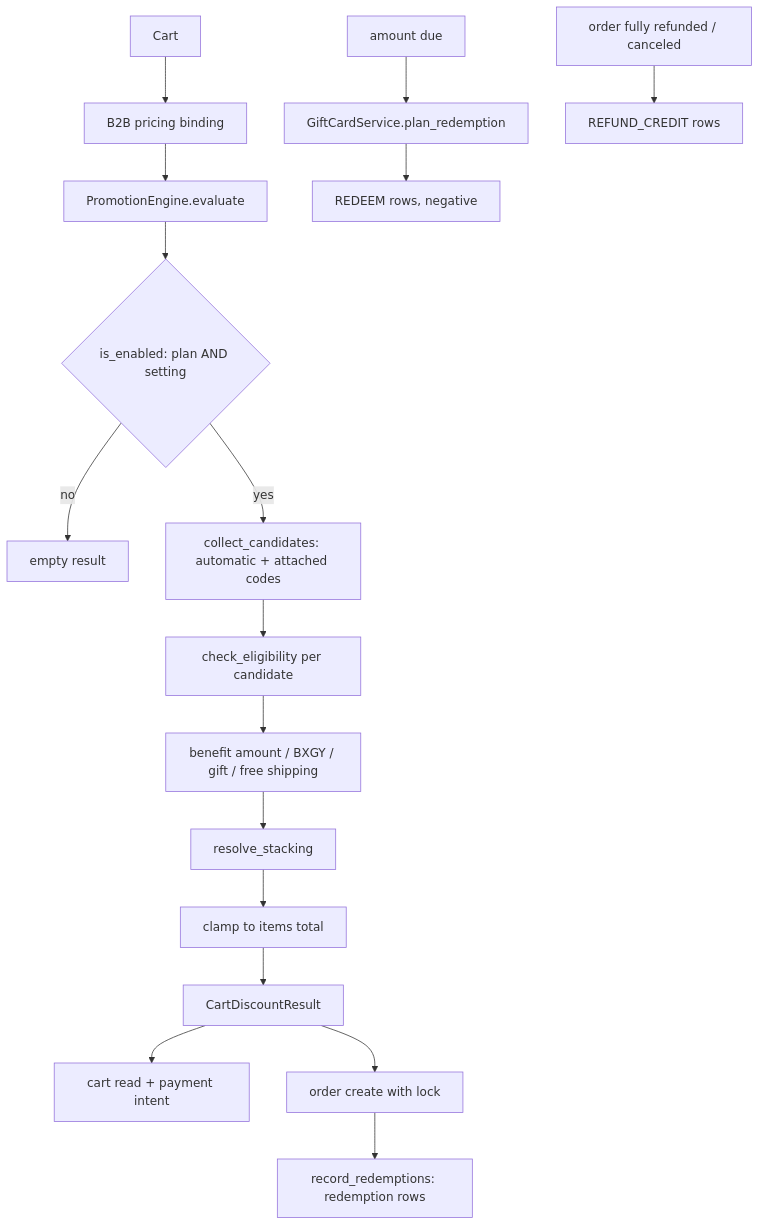
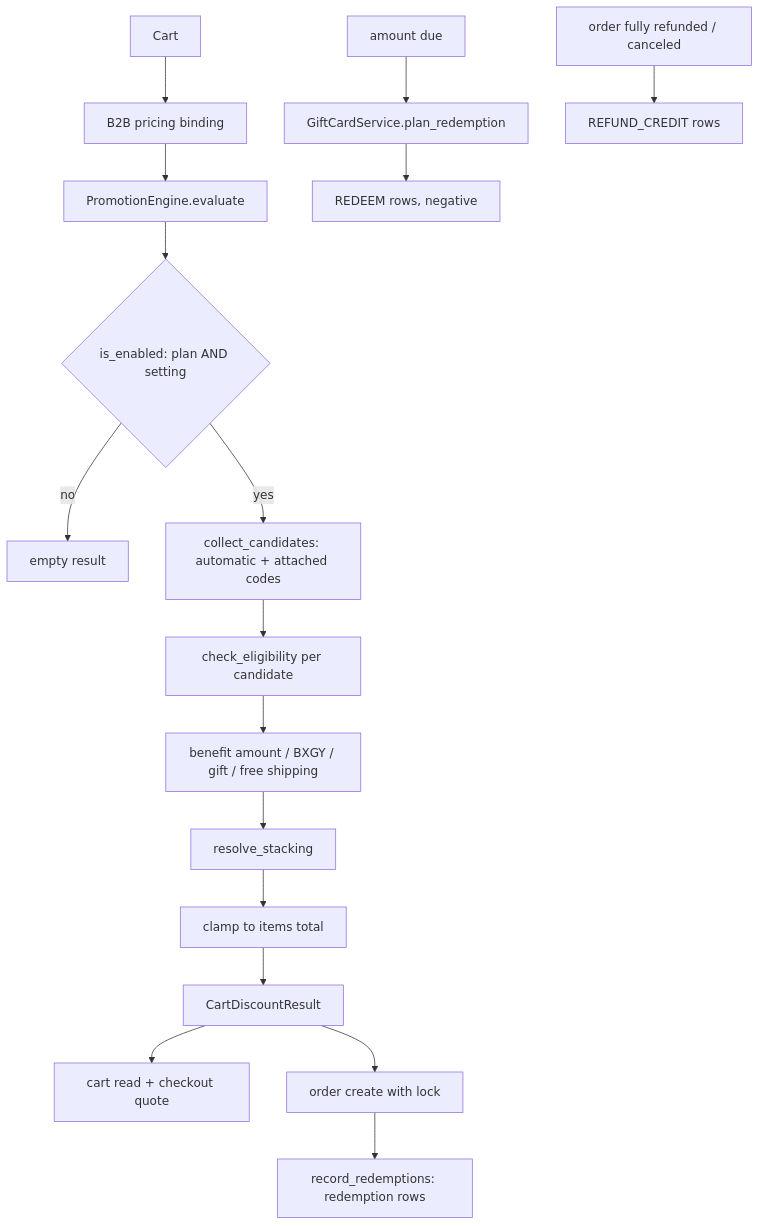
The first of 2 diagrams in src/dev/flows/promotions-and-gift-cards.md (vasilistotskas/grooveshop-docs), drawn with Mermaid before and after one commit. The commit also changed other lines of this file and 10 other files, not shown here.

First line of the commit message:
docs(flows): every pay way creates the order first (#211)

````diff
--- a/src/dev/flows/promotions-and-gift-cards.md
+++ b/src/dev/flows/promotions-and-gift-cards.md
@@ -21,21 +21,21 @@
 ```mermaid
 flowchart TD
   Cart["Cart"] --> Bind["B2B pricing binding"]
   Bind --> Eval["PromotionEngine.evaluate"]
   Eval --> Gate{"is_enabled: plan AND setting"}
   Gate -- "no" --> Empty["empty result"]
   Gate -- "yes" --> Cand["collect_candidates: automatic + attached codes"]
   Cand --> Elig["check_eligibility per candidate"]
   Elig --> Amt["benefit amount / BXGY / gift / free shipping"]
   Amt --> Stack["resolve_stacking"]
   Stack --> Clamp["clamp to items total"]
   Clamp --> Result["CartDiscountResult"]
 
-  Result --> Preview["cart read + payment intent"]
+  Result --> Preview["cart read + checkout quote"]
   Result --> Create["order create with lock"]
   Create --> Rec["record_redemptions: redemption rows"]
 
   Due["amount due"] --> Plan["GiftCardService.plan_redemption"]
   Plan --> Ledger["REDEEM rows, negative"]
   Refund["order fully refunded / canceled"] --> Credit["REFUND_CREDIT rows"]
 ```
````
